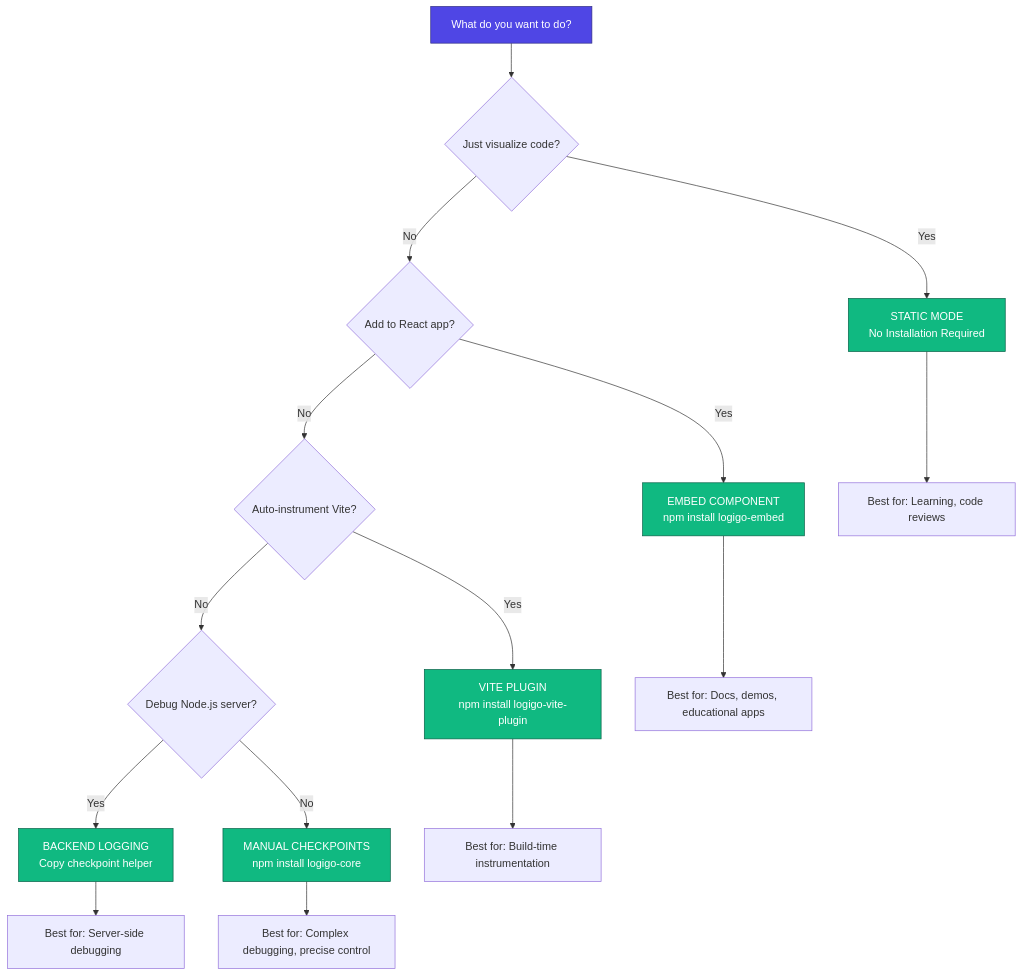
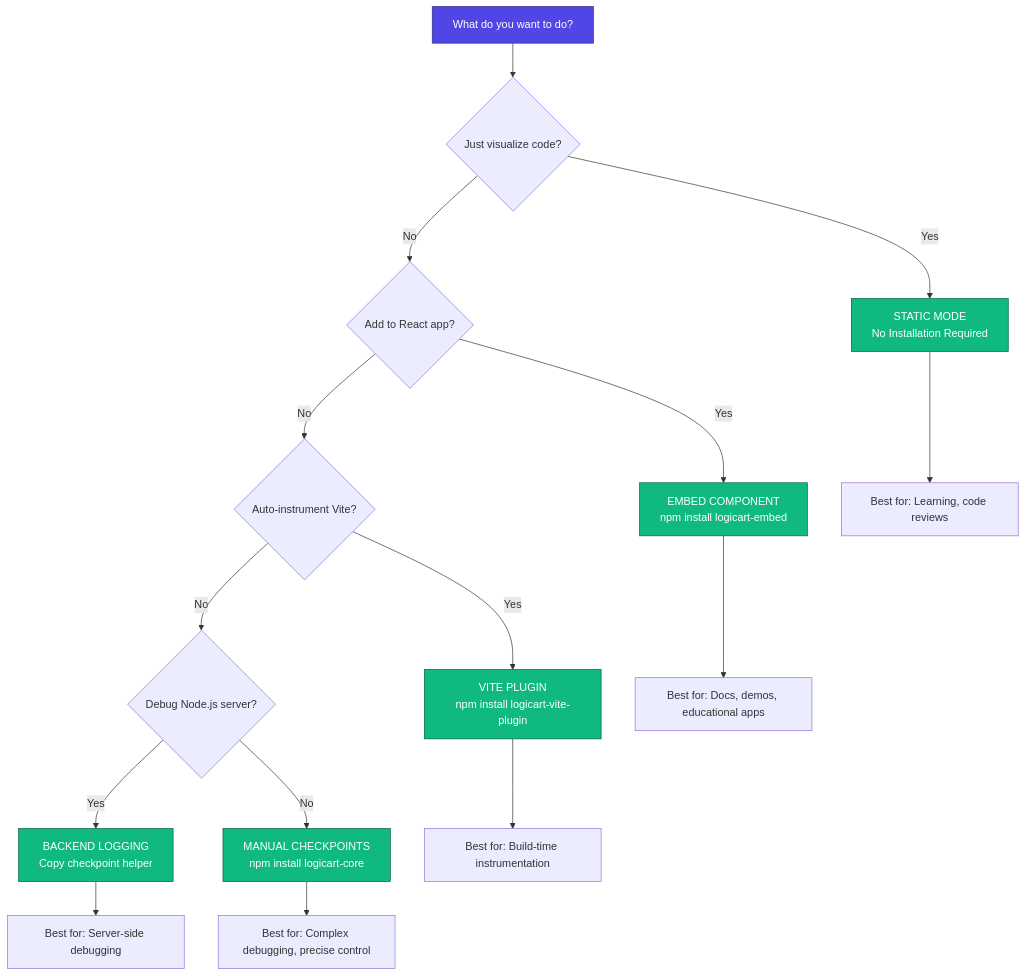
The diagram in docs/INSTALLATION_GUIDE.md (JPaulGrayson/Logicart), drawn with Mermaid before and after one commit. The commit also changed other lines of this file and 137 other files, not shown here.

````diff
--- a/docs/INSTALLATION_GUIDE.md
+++ b/docs/INSTALLATION_GUIDE.md
@@ -23,25 +23,25 @@
 ```mermaid
 graph TD
     A[What do you want to do?] --> B{Just visualize code?}
     B -->|Yes| C[STATIC MODE<br/>No Installation Required]
     B -->|No| D{Add to React app?}
-    D -->|Yes| E[EMBED COMPONENT<br/>npm install logigo-embed]
+    D -->|Yes| E[EMBED COMPONENT<br/>npm install logicart-embed]
     D -->|No| F{Auto-instrument Vite?}
-    F -->|Yes| G[VITE PLUGIN<br/>npm install logigo-vite-plugin]
+    F -->|Yes| G[VITE PLUGIN<br/>npm install logicart-vite-plugin]
     F -->|No| H{Debug Node.js server?}
     H -->|Yes| I[BACKEND LOGGING<br/>Copy checkpoint helper]
-    H -->|No| J[MANUAL CHECKPOINTS<br/>npm install logigo-core]
+    H -->|No| J[MANUAL CHECKPOINTS<br/>npm install logicart-core]
 
     C --> C1[Best for: Learning, code reviews]
     E --> E1[Best for: Docs, demos, educational apps]
     G --> G1[Best for: Build-time instrumentation]
     I --> I1[Best for: Server-side debugging]
     J --> J1[Best for: Complex debugging, precise control]
 
     style A fill:#4f46e5,stroke:#312e81,color:#fff
     style C fill:#10b981,stroke:#065f46,color:#fff
     style E fill:#10b981,stroke:#065f46,color:#fff
     style G fill:#10b981,stroke:#065f46,color:#fff
     style I fill:#10b981,stroke:#065f46,color:#fff
     style J fill:#10b981,stroke:#065f46,color:#fff
 ```
````
